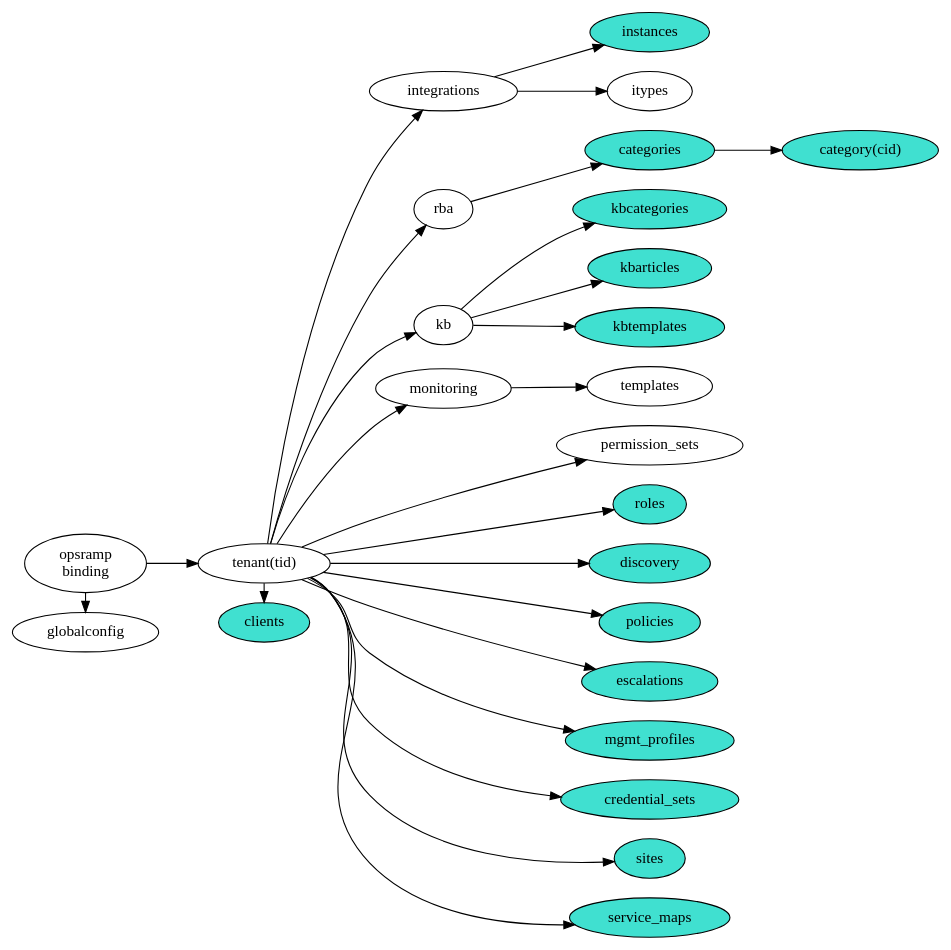
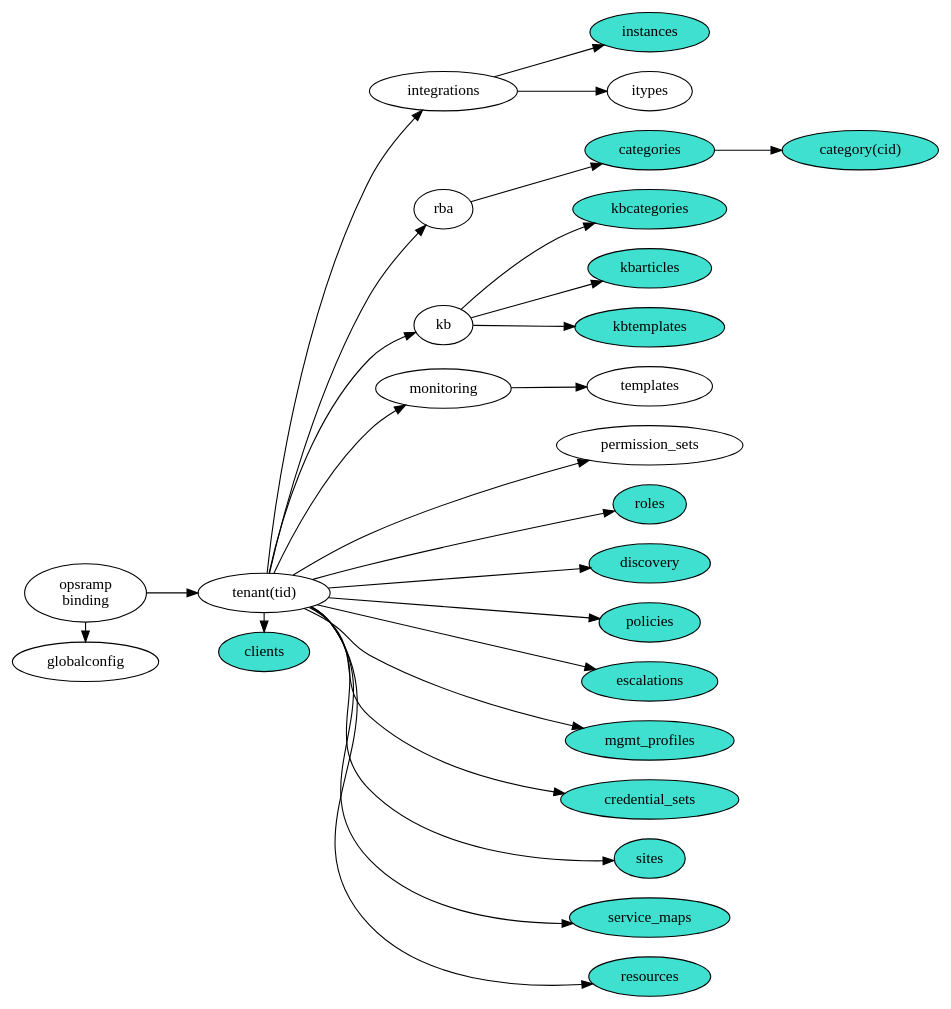
The diagram in classes.dot (HewlettPackard/python-opsramp), drawn with Graphviz before and after one commit. The commit also changed 6 other files, not shown here.

```diff
--- a/classes.dot
+++ b/classes.dot
@@ -1,52 +1,53 @@
 # classes.dot
 # An input file for graphviz that produces a diagram of the relationship
 # between the various classes in the python-opsramp language binding.
 #
 # (c) Copyright 2019-2020 Hewlett Packard Enterprise Development LP
 #
 # Licensed under the Apache License, Version 2.0 (the "License");
 # you may not use this file except in compliance with the License.
 # You may obtain a copy of the License at
 #
 #     http://www.apache.org/licenses/LICENSE-2.0
 #
 # Unless required by applicable law or agreed to in writing, software
 # distributed under the License is distributed on an "AS IS" BASIS,
 # WITHOUT WARRANTIES OR CONDITIONS OF ANY KIND, either express or implied.
 # See the License for the specific language governing permissions and
 # limitations under the License.
 #
 digraph {
   rankdir="LR";
   binding -> { globalconfig tenant }
-  tenant -> { clients integrations rba kb monitoring permission_sets roles discovery policies escalations mgmt_profiles credential_sets sites service_maps }
+  tenant -> { clients integrations rba kb monitoring permission_sets roles discovery policies escalations mgmt_profiles credential_sets sites service_maps resources}
   rba -> categories
   categories -> category
   monitoring -> templates
   integrations -> { instances itypes }
   kb -> kbcategories
   kb -> kbarticles
   kb -> kbtemplates
 
   { rank=same binding globalconfig }
   { rank=same tenant clients }
-  { rank=same categories templates policies itypes instances discovery credential_sets permission_sets roles escalations mgmt_profiles sites service_maps }
+  { rank=same categories templates policies itypes instances discovery credential_sets permission_sets roles escalations mgmt_profiles sites service_maps resources}
 
   binding [label="opsramp\nbinding"]
   tenant [label="tenant(tid)"]
   category [label="category(cid)" style="filled" fillcolor="turquoise"]
   instances [style="filled" fillcolor="turquoise"]
   categories [style="filled" fillcolor="turquoise"]
   policies [style="filled" fillcolor="turquoise"]
   clients [style="filled" fillcolor="turquoise"]
   discovery [style="filled" fillcolor="turquoise"]
   credential_sets [style="filled" fillcolor="turquoise"]
   roles [style="filled" fillcolor="turquoise"]
   escalations [style="filled" fillcolor="turquoise"]
   mgmt_profiles [style="filled" fillcolor="turquoise"]
   sites [style="filled" fillcolor="turquoise"]
   service_maps [style="filled" fillcolor="turquoise"]
   kbcategories [style="filled" fillcolor="turquoise"]
   kbarticles [style="filled" fillcolor="turquoise"]
   kbtemplates [style="filled" fillcolor="turquoise"]
+  resources [style="filled" fillcolor="turquoise"]
 }
```
